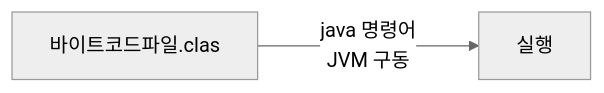
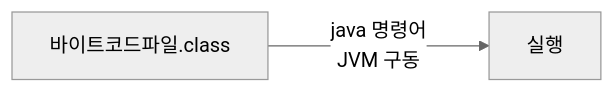
Before and after one commit to LogInDev/JavaStudy: the second of 3 diagrams in reviewDocument/gu/markdown/1st-week.md, drawn with Mermaid (neutral theme). The commit also changed other lines of this file and 11 other files, not shown here.

````diff
--- a/reviewDocument/gu/markdown/1st-week.md
+++ b/reviewDocument/gu/markdown/1st-week.md
@@ -58,4 +58,4 @@
 ```mermaid
 flowchart LR
-    바이트코드파일.clas--->|java 명령어<br/>JVM 구동|실행
+    바이트코드파일.class--->|java 명령어<br/>JVM 구동|실행
 ```
````
